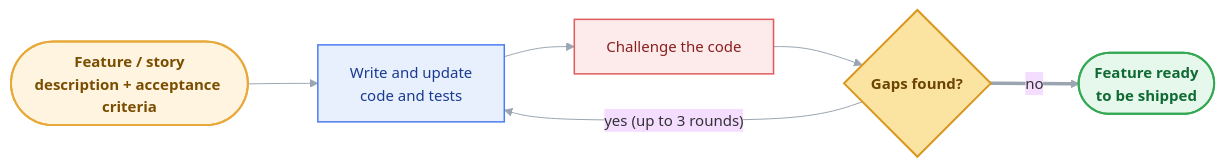
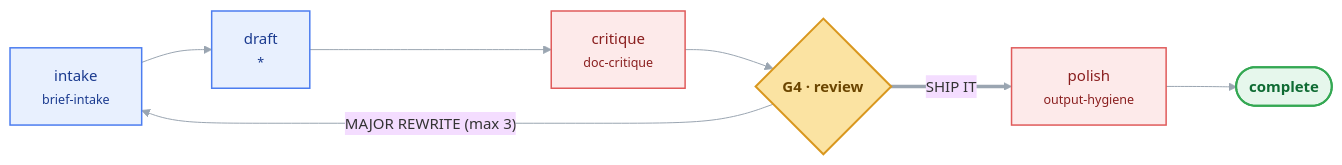
The fifth of 5 diagrams in README.md (sananthanarayan/skilldrop), drawn with Mermaid before and after one commit. The commit also changed other lines of this file and 35 other files, not shown here.

````diff
--- a/README.md
+++ b/README.md
@@ -61,19 +185,23 @@
 ```mermaid
 %%{init: {'theme':'base','themeVariables':{'fontFamily':'Segoe UI, Helvetica, Arial','fontSize':'15px','lineColor':'#9AA5B1'},'flowchart':{'curve':'basis','rankSpacing':70,'nodeSpacing':50,'padding':16}}}%%
 flowchart LR
-    classDef input  fill:#FFF4E0,stroke:#E8A93B,stroke-width:2px,color:#7A4E00,font-weight:bold;
     classDef gen    fill:#E8F0FE,stroke:#4C7DF0,stroke-width:1.5px,color:#1A3A8F;
     classDef review fill:#FDEAEA,stroke:#E05B5B,stroke-width:1.5px,color:#8A1F1F;
     classDef gate   fill:#FBE3A2,stroke:#D9971E,stroke-width:2px,color:#6B4500,font-weight:bold;
     classDef ship   fill:#E6F7EC,stroke:#34A853,stroke-width:2px,color:#0F6B33,font-weight:bold;
 
-    IN(["Feature / story<br/>description + acceptance criteria"]):::input
-    gC["Write and update<br/>code and tests"]:::gen
-    revC["Challenge the code"]:::review
-    gate{"Gaps found?"}:::gate
-    SHIP(["Feature ready<br/>to be shipped"]):::ship
+    intake["intake<br/><small>brief-intake</small>"]:::gen
+    draft["draft<br/><small>*</small>"]:::gen
+    critique["critique<br/><small>doc-critique</small>"]:::review
+    polish["polish<br/><small>output-hygiene</small>"]:::review
+    G4{"G4 · review"}:::gate
+    DONE(["complete"]):::ship
 
-    IN --> gC --> revC --> gate
-    gate -- "yes (up to 3 rounds)" --> gC
-    gate == "no" ==> SHIP
+    intake --> draft
+    draft --> critique
+    critique --> G4
+    G4 == "SHIP IT" ==> polish
+    polish --> DONE
+
+    G4 -- "MAJOR REWRITE (max 3)" --> intake
 ```
````
